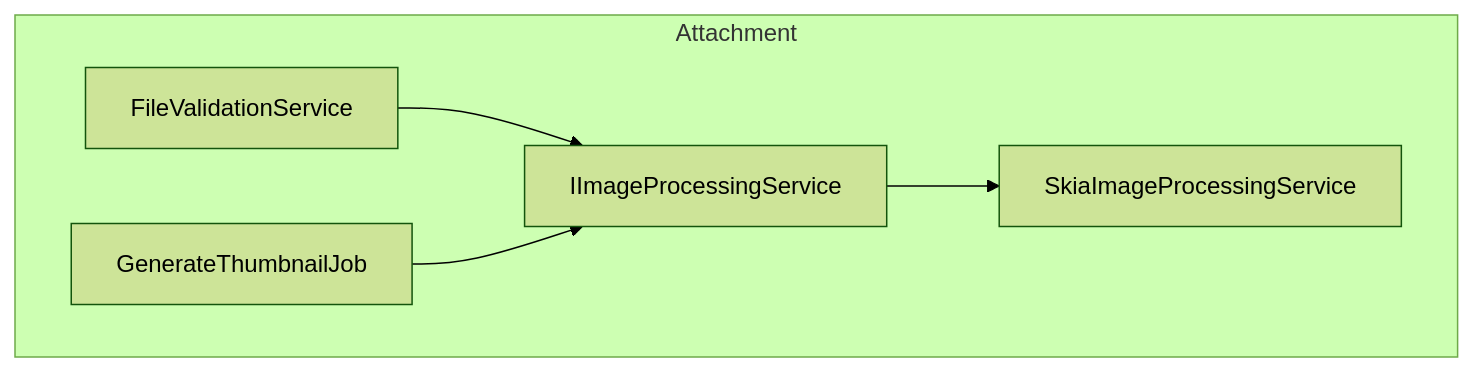
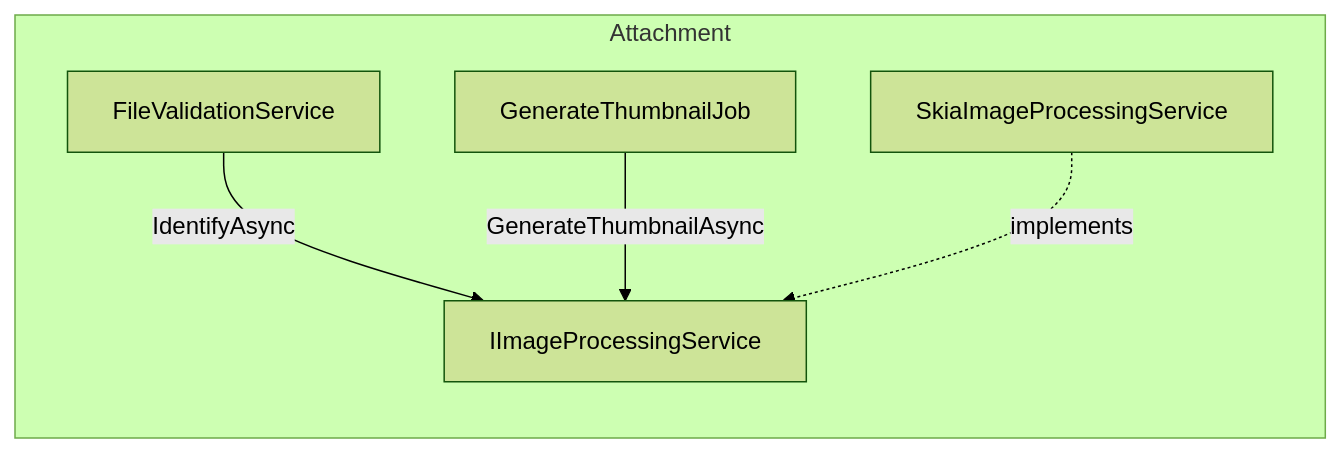
The diagram in wiki/Attachment/Image-Processing.md (mhasabalah/StarterKit), drawn with Mermaid (forest theme) before and after one commit. The commit also changed 152 other files, not shown here.

Commit message:
feat(docs): add Fumadocs V2 and standardize diagrams

````diff
--- a/wiki/Attachment/Image-Processing.md
+++ b/wiki/Attachment/Image-Processing.md
@@ -18,8 +18,14 @@
 ```mermaid
 flowchart TB
+  accTitle: How it works
+  accDescr: Validation and thumbnail generation share one image port; only its adapter depends on SkiaSharp.
   subgraph Attachment
-    F[FileValidationService] --> I[IImageProcessingService]
-    T[GenerateThumbnailJob] --> I
-    I --> S[SkiaImageProcessingService]
+    direction TB
+    F[FileValidationService] -->|IdentifyAsync| I[IImageProcessingService]
+    T[GenerateThumbnailJob] -->|GenerateThumbnailAsync| I
+    S[SkiaImageProcessingService] -.->|implements| I
   end
+  class F,T application
+  class I,S infrastructure
+  class I port
 ```
````
